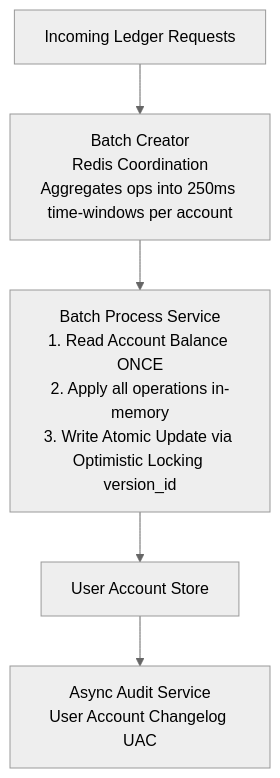
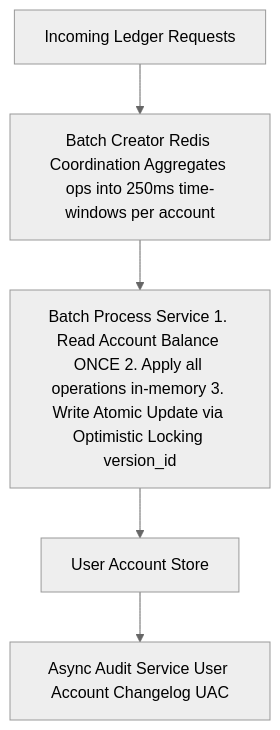
Diagram 13 of 16 in blog/astro/src/content/docs/uber-architecture.md (Chandra179/atlas), drawn with Mermaid (neutral theme) before and after one commit. The commit also changed other lines of this file and 1 other file, not shown here.

````diff
--- a/blog/astro/src/content/docs/uber-architecture.md
+++ b/blog/astro/src/content/docs/uber-architecture.md
@@ -676,7 +676,7 @@
 ```mermaid
 graph TB
-    REQ["Incoming Ledger Requests"] --> BC["Batch Creator<br/>Redis Coordination<br/>Aggregates ops into 250ms time-windows per account"]
-    BC --> BPS["Batch Process Service<br/>1. Read Account Balance ONCE<br/>2. Apply all operations in-memory<br/>3. Write Atomic Update via Optimistic Locking version_id"]
+    REQ["Incoming Ledger Requests"] --> BC["Batch Creator Redis Coordination Aggregates ops into 250ms time-windows per account"]
+    BC --> BPS["Batch Process Service 1. Read Account Balance ONCE 2. Apply all operations in-memory 3. Write Atomic Update via Optimistic Locking version_id"]
     BPS --> UAS["User Account Store"]
-    UAS --> AAS["Async Audit Service<br/>User Account Changelog UAC"]
+    UAS --> AAS["Async Audit Service User Account Changelog UAC"]
 ```
````
